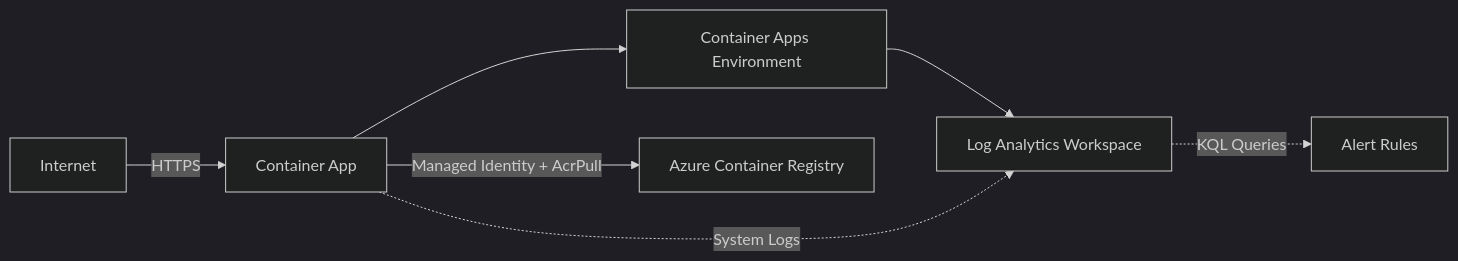
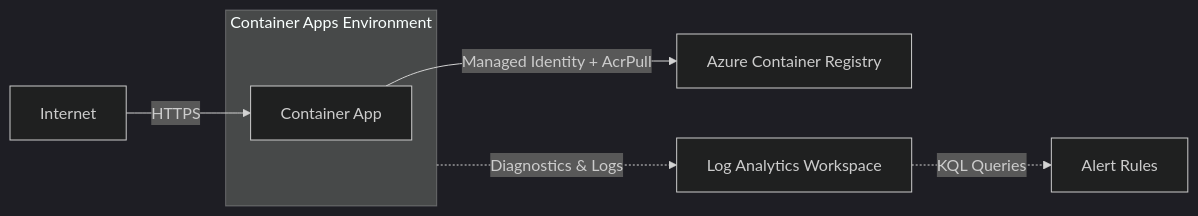
Before and after one commit to microsoft/mvp26-LAB011-end-to-end-agentic-devops-with-azure-mcp: the diagram in lab-instructions/00-overview.md, drawn with Mermaid (dark theme).

Commit message:
Modify diagram to show diagnostics and logs
Updated diagram to include diagnostics and logs connection.

````diff
--- a/lab-instructions/00-overview.md
+++ b/lab-instructions/00-overview.md
@@ -11,9 +11,12 @@
 ```mermaid
 graph LR
     Internet -->|HTTPS| CA[Container App]
-    CA --> CAE[Container Apps Environment]
-    CAE --> LA[Log Analytics Workspace]
     CA -->|Managed Identity + AcrPull| ACR[Azure Container Registry]
-    CA -.->|System Logs| LA
+
+    subgraph CAE[Container Apps Environment]
+        CA
+    end
+
+    CAE -.->|Diagnostics & Logs| LA[Log Analytics Workspace]
     LA -.->|KQL Queries| Alerts[Alert Rules]
 ```
````
